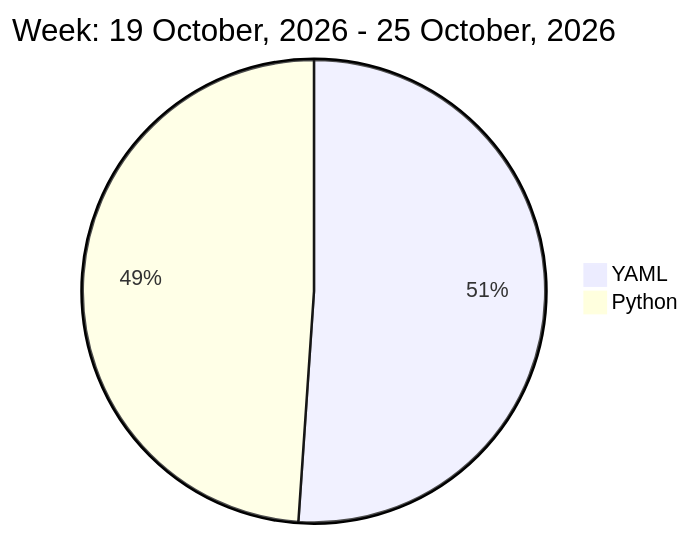
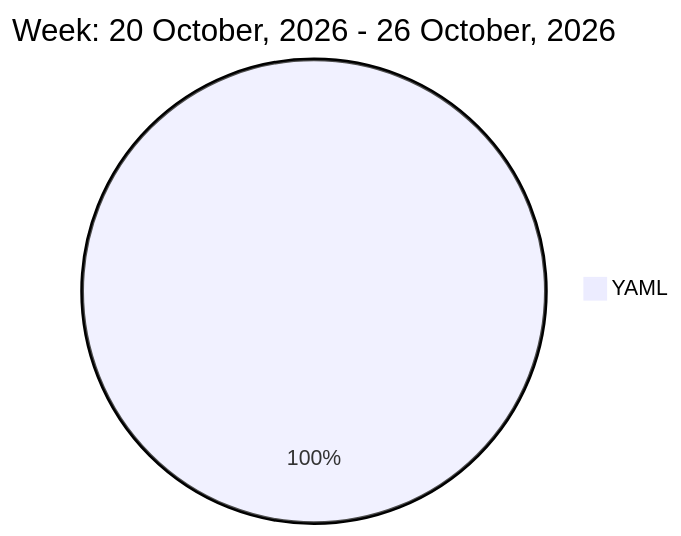
Before and after one commit to liubin95/liubin95: the diagram in README.md, drawn with Mermaid.

Commit message:
Updated the Graph with new Metrics

````diff
--- a/README.md
+++ b/README.md
@@ -32,6 +32,5 @@
 ```mermaid
  pie
-title Week: 19 October, 2026 - 25 October, 2026
- "YAML" : 2.37
- "Python" : 2.27
+title Week: 20 October, 2026 - 26 October, 2026
+ "YAML" : 3.42
 ```
````
